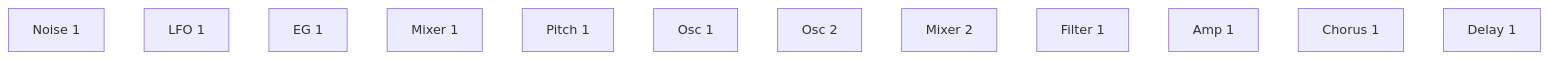
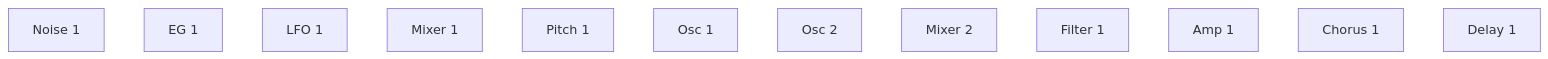
Before and after one commit to risgk/midi_synthesizer_spms1: the second of 6 diagrams in spms1_type2/README.ja.md, drawn with Mermaid. The commit also changed other lines of this file and 6 other files, not shown here.

````diff
--- a/spms1_type2/README.ja.md
+++ b/spms1_type2/README.ja.md
@@ -228,4 +229,4 @@
 ```mermaid
 flowchart LR
-  NOISE[Noise 1] ~~~ LFO[LFO 1] ~~~ EG[EG 1] ~~~ MIX1[Mixer 1] ~~~ PITCH[Pitch 1] ~~~ OSC[Osc 1] ~~~ OSC2[Osc 2] ~~~ MIX2[Mixer 2] ~~~ FILTER[Filter 1] ~~~ AMP[Amp 1] ~~~ CHORUS[Chorus 1] ~~~ DELAY[Delay 1]
+  NOISE[Noise 1] ~~~ EG[EG 1] ~~~ LFO[LFO 1] ~~~ MIX1[Mixer 1] ~~~ PITCH[Pitch 1] ~~~ OSC[Osc 1] ~~~ OSC2[Osc 2] ~~~ MIX2[Mixer 2] ~~~ FILTER[Filter 1] ~~~ AMP[Amp 1] ~~~ CHORUS[Chorus 1] ~~~ DELAY[Delay 1]
 ```
````
